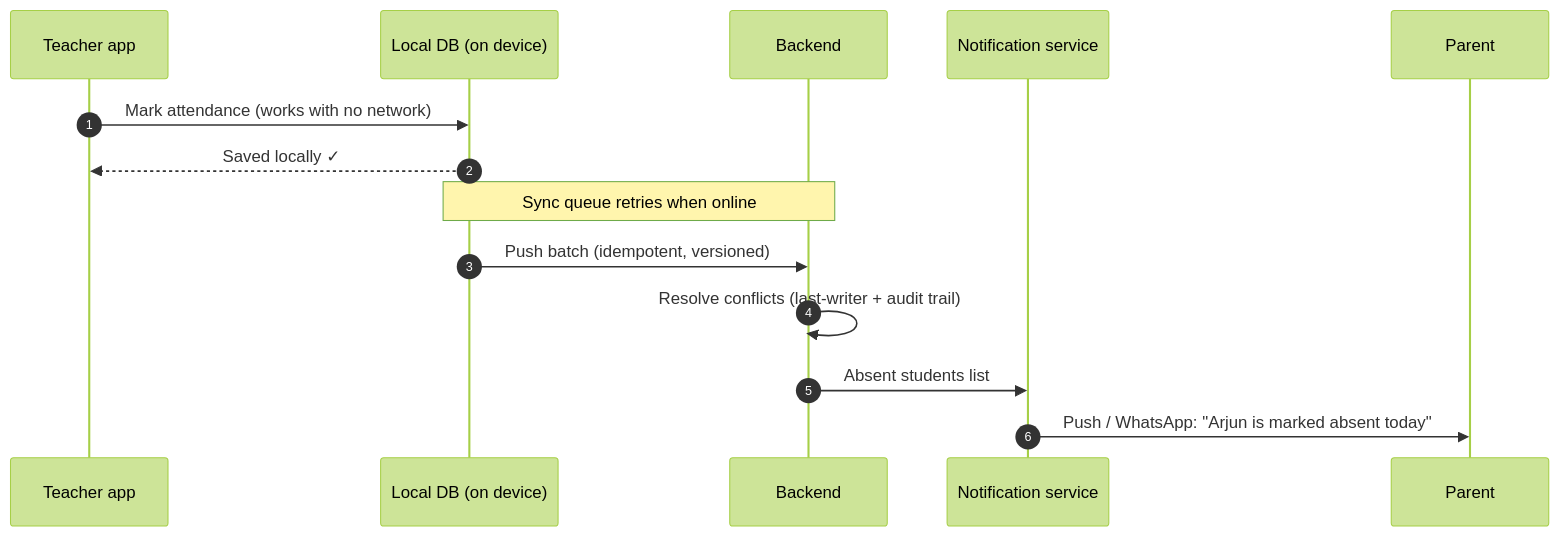
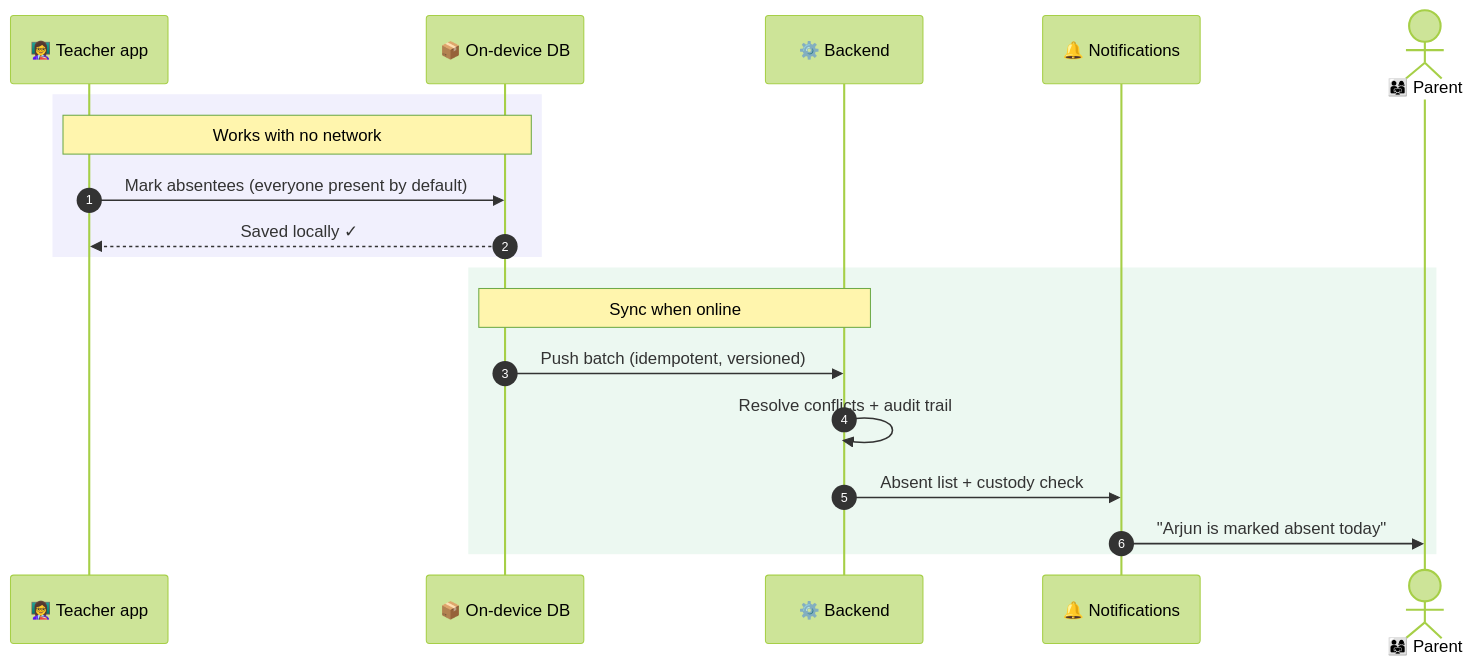
One commit to Vijay190899/acadstart changed the sixth of 14 diagrams in README.md. Above: the diagram before and after it, drawn with Mermaid (forest theme). The commit also changed other lines of this file and 1 other file, not shown here.

Commit message:
Rewrite README: signature features (Custody Chain, Safe Handover, voice-first Tamil assistant, Snap-to-Digitise, digital diary), styled Mermaid diagrams, updated game plan and scale-up list

````diff
--- a/README.md
+++ b/README.md
@@ -210,16 +363,21 @@
 ```mermaid
 sequenceDiagram
   autonumber
-  participant T as Teacher app
-  participant L as Local DB (on device)
-  participant API as Backend
-  participant N as Notification service
-  participant P as Parent
-  T->>L: Mark attendance (works with no network)
+  participant T as 👩‍🏫 Teacher app
+  participant L as 📦 On-device DB
+  participant API as ⚙️ Backend
+  participant N as 🔔 Notifications
+  actor P as 👨‍👩‍👧 Parent
+  rect rgba(79, 70, 229, 0.08)
+  Note over T,L: Works with no network
+  T->>L: Mark absentees (everyone present by default)
   L-->>T: Saved locally ✓
-  Note over L,API: Sync queue retries when online
+  end
+  rect rgba(22, 163, 74, 0.08)
+  Note over L,API: Sync when online
   L->>API: Push batch (idempotent, versioned)
-  API->>API: Resolve conflicts (last-writer + audit trail)
-  API->>N: Absent students list
-  N->>P: Push / WhatsApp: "Arjun is marked absent today"
+  API->>API: Resolve conflicts + audit trail
+  API->>N: Absent list + custody check
+  N->>P: "Arjun is marked absent today"
+  end
 ```
````
